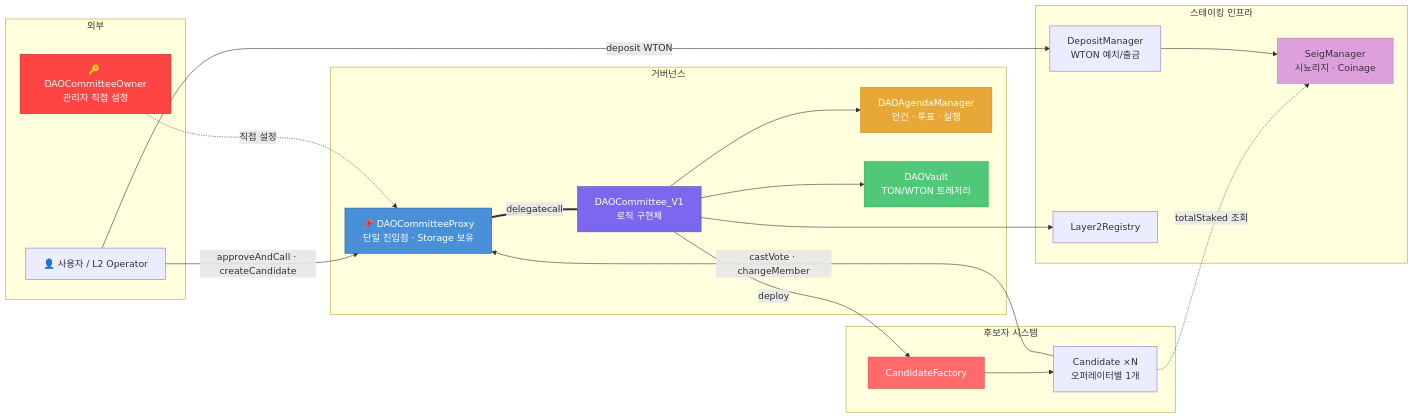
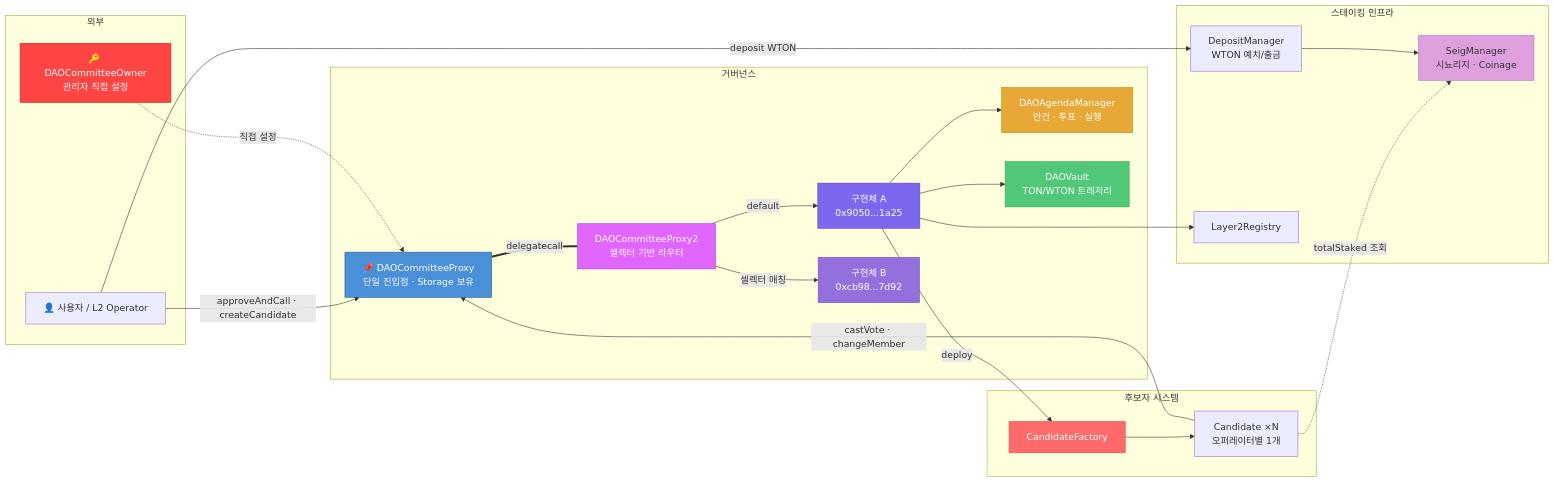
One commit to tokamak-network/tokamak-dao-v2 changed the first of 11 diagrams in docs/v1-architecture.md. Above: the diagram before and after it, drawn with Mermaid. The commit also changed other lines of this file, not shown here.

First line of the commit message:
docs: update V1 architecture with on-chain verified state

````diff
--- a/docs/v1-architecture.md
+++ b/docs/v1-architecture.md
@@ -5,46 +5,52 @@
 ```mermaid
 graph LR
     subgraph External["외부"]
         USER["👤 사용자 / L2 Operator"]
         DCO["🔑 DAOCommitteeOwner<br/>관리자 직접 설정"]
     end
 
     subgraph Governance["거버넌스"]
         DCP["📌 DAOCommitteeProxy<br/>단일 진입점 · Storage 보유"]
-        DCV1["DAOCommittee_V1<br/>로직 구현체"]
+        DCP2["DAOCommitteeProxy2<br/>셀렉터 기반 라우터"]
+        IMPL_A["구현체 A<br/>0x9050...1a25"]
+        IMPL_B["구현체 B<br/>0xcb98...7d92"]
         DAM["DAOAgendaManager<br/>안건 · 투표 · 실행"]
         DV["DAOVault<br/>TON/WTON 트레저리"]
     end
 
     subgraph Candidates["후보자 시스템"]
         CF["CandidateFactory"]
         CAND["Candidate ×N<br/>오퍼레이터별 1개"]
     end
 
     subgraph Staking["스테이킹 인프라"]
         DM["DepositManager<br/>WTON 예치/출금"]
         SM["SeigManager<br/>시뇨리지 · Coinage"]
         L2R["Layer2Registry"]
     end
 
     USER -->|"approveAndCall · createCandidate"| DCP
     DCO -.->|"직접 설정"| DCP
-    DCP ===|"delegatecall"| DCV1
-    DCV1 --> DAM
-    DCV1 --> DV
-    DCV1 -->|"deploy"| CF
+    DCP ===|"delegatecall"| DCP2
+    DCP2 -->|"셀렉터 매칭"| IMPL_B
+    DCP2 -->|"default"| IMPL_A
+    IMPL_A --> DAM
+    IMPL_A --> DV
+    IMPL_A -->|"deploy"| CF
     CF --> CAND
     CAND -->|"castVote · changeMember"| DCP
     CAND -.->|"totalStaked 조회"| SM
-    DCV1 --> L2R
+    IMPL_A --> L2R
     USER -->|"deposit WTON"| DM
     DM --> SM
 
     style DCP fill:#4A90D9,stroke:#2C5F8A,color:#fff
-    style DCV1 fill:#7B68EE,stroke:#5B48CE,color:#fff
+    style DCP2 fill:#E066FF,stroke:#B040CC,color:#fff
+    style IMPL_A fill:#7B68EE,stroke:#5B48CE,color:#fff
+    style IMPL_B fill:#9370DB,stroke:#7350BB,color:#fff
     style DAM fill:#E8A838,stroke:#C88818,color:#fff
     style DV fill:#50C878,stroke:#30A858,color:#fff
     style CF fill:#FF6B6B,stroke:#DD4B4B,color:#fff
     style SM fill:#DDA0DD,stroke:#BB80BB,color:#333
     style DCO fill:#FF4444,stroke:#CC2222,color:#fff
 ```
````
